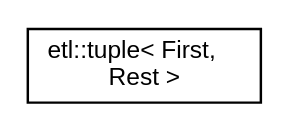
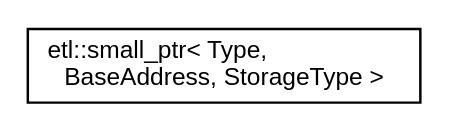
Before and after one commit to tobanteAudio/taetl: the diagram in inherit_graph_76.dot, drawn with Graphviz. The commit also changed 113 other files, not shown here.

```diff
--- a/inherit_graph_76.dot
+++ b/inherit_graph_76.dot
@@ -1,7 +1,7 @@
 digraph "Graphical Class Hierarchy"
 {
   edge [fontname="Helvetica",fontsize="10",labelfontname="Helvetica",labelfontsize="10"];
   node [fontname="Helvetica",fontsize="10",shape=record];
   rankdir="LR";
-  Node0 [label="etl::tuple\< First,\l Rest \>",height=0.2,width=0.4,color="black", fillcolor="white", style="filled",URL="$structetl_1_1tuple.html"];
+  Node0 [label="etl::small_ptr\< Type,\l BaseAddress, StorageType \>",height=0.2,width=0.4,color="black", fillcolor="white", style="filled",URL="$classetl_1_1small__ptr.html",tooltip="Compressed pointer to specified size. Intended to be used as a drop in replacement for native pointer..."];
 }
```
